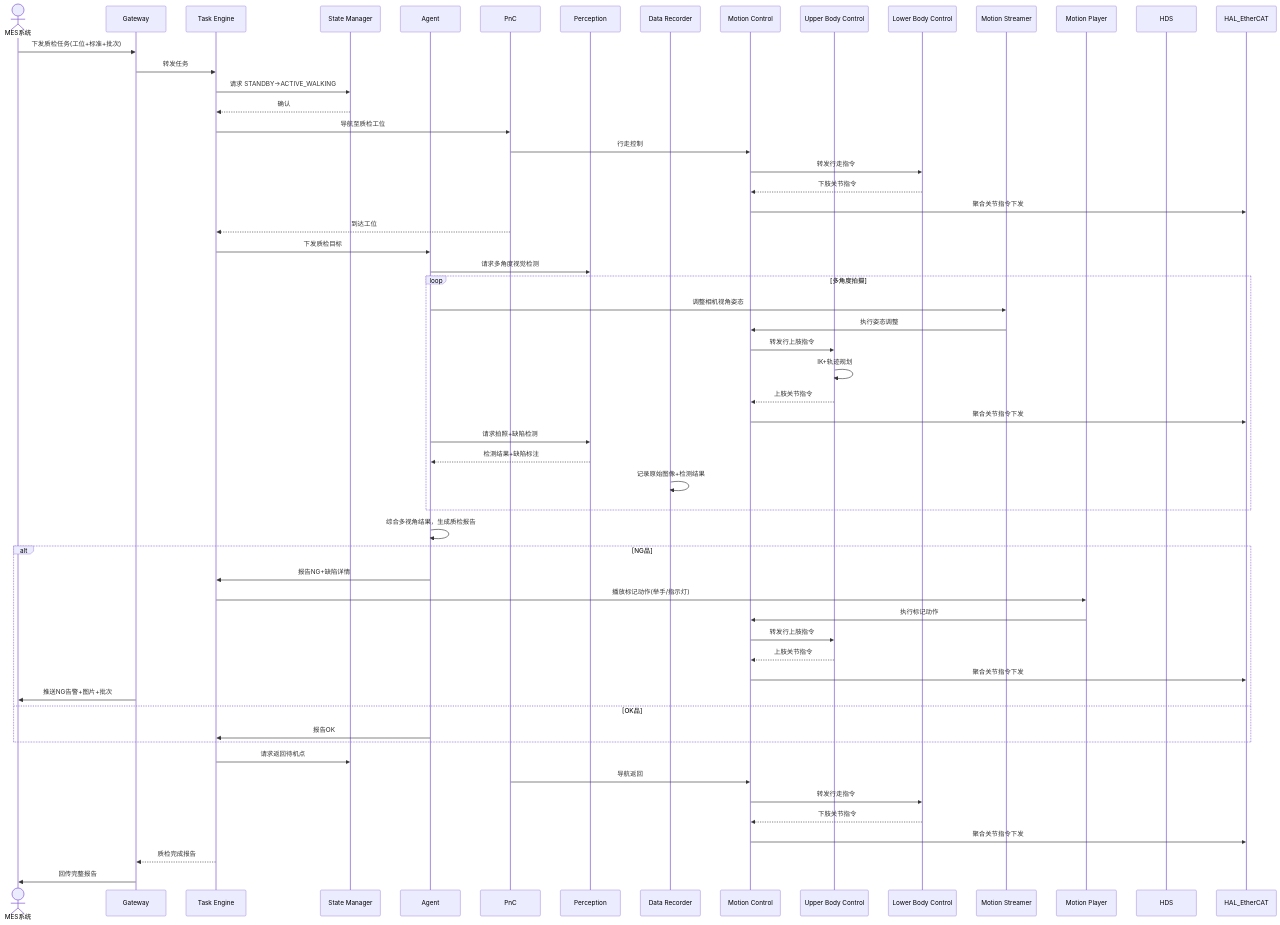
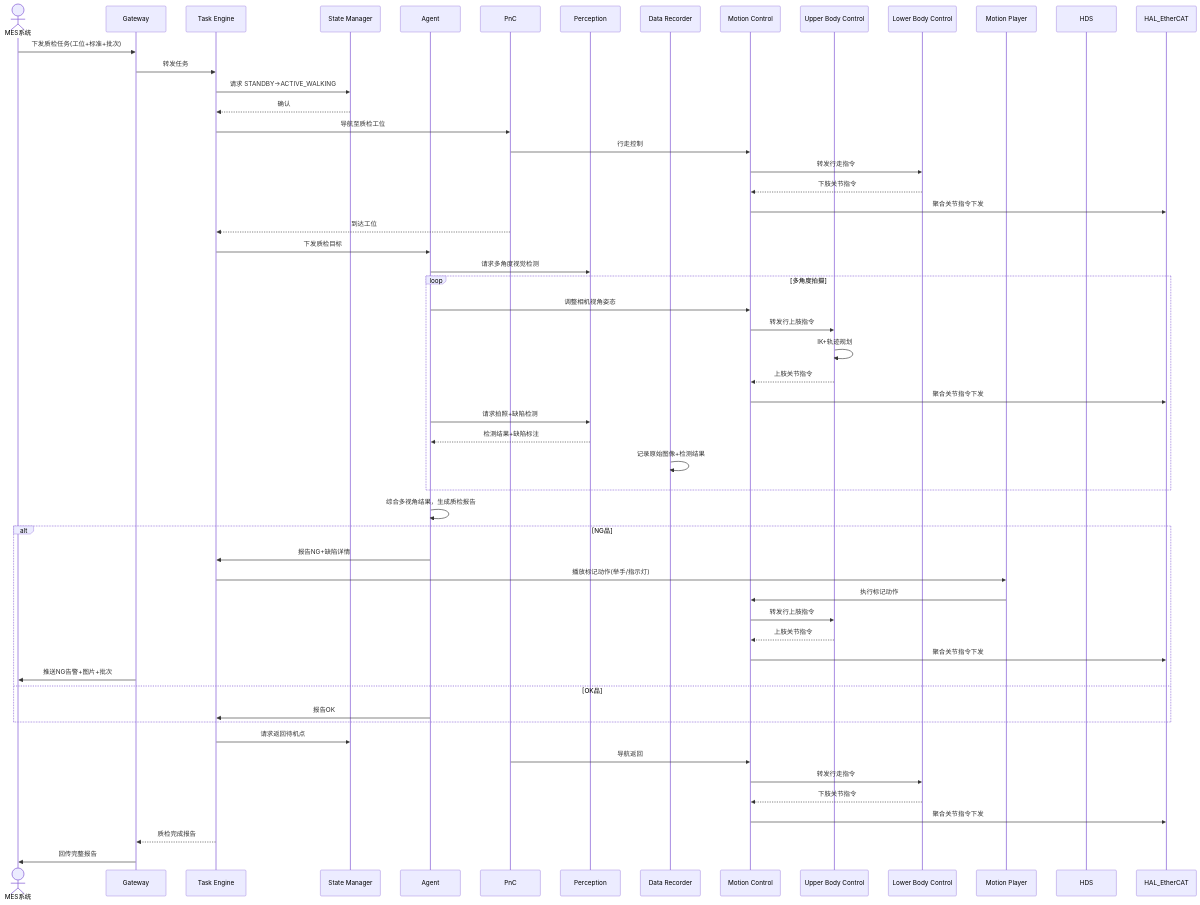
One commit to Tomaxwell/HomoBot changed the diagram in design/use_cases/use_case_06_quality_inspection.md. Above: the diagram before and after it, drawn with Mermaid. The commit also changed other lines of this file and 66 other files, not shown here.

````diff
--- a/design/use_cases/use_case_06_quality_inspection.md
+++ b/design/use_cases/use_case_06_quality_inspection.md
@@ -27,66 +27,64 @@
 ```mermaid
 sequenceDiagram
     actor MES as MES系统
     participant Gateway
     participant TE as Task Engine
     participant SM as State Manager
     participant Agent as Agent
     participant PnC as PnC
     participant Perception as Perception
     participant DR as Data Recorder
     participant MC as Motion Control
     participant UC as Upper Body Control
     participant LC as Lower Body Control
-    participant MS as Motion Streamer
     participant MP as Motion Player
     participant HDS as HDS
 
     MES->>Gateway: 下发质检任务(工位+标准+批次)
     Gateway->>TE: 转发任务
     TE->>SM: 请求 STANDBY→ACTIVE_WALKING
     SM-->>TE: 确认
 
     TE->>PnC: 导航至质检工位
     PnC->>MC: 行走控制
     MC->>LC: 转发行走指令
     LC-->>MC: 下肢关节指令
     MC->>HAL_EtherCAT: 聚合关节指令下发
     PnC-->>TE: 到达工位
 
     TE->>Agent: 下发质检目标
     Agent->>Perception: 请求多角度视觉检测
 
     loop 多角度拍摄
-        Agent->>MS: 调整相机视角姿态
-        MS->>MC: 执行姿态调整
+        Agent->>MC: 调整相机视角姿态
         MC->>UC: 转发行上肢指令
         UC->>UC: IK+轨迹规划
         UC-->>MC: 上肢关节指令
         MC->>HAL_EtherCAT: 聚合关节指令下发
         Agent->>Perception: 请求拍照+缺陷检测
         Perception-->>Agent: 检测结果+缺陷标注
         DR->>DR: 记录原始图像+检测结果
     end
 
     Agent->>Agent: 综合多视角结果，生成质检报告
 
     alt NG品
         Agent->>TE: 报告NG+缺陷详情
         TE->>MP: 播放标记动作(举手/指示灯)
         MP->>MC: 执行标记动作
         MC->>UC: 转发行上肢指令
         UC-->>MC: 上肢关节指令
         MC->>HAL_EtherCAT: 聚合关节指令下发
         Gateway->>MES: 推送NG告警+图片+批次
     else OK品
         Agent->>TE: 报告OK
     end
 
     TE->>SM: 请求返回待机点
     PnC->>MC: 导航返回
     MC->>LC: 转发行走指令
     LC-->>MC: 下肢关节指令
     MC->>HAL_EtherCAT: 聚合关节指令下发
     TE-->>Gateway: 质检完成报告
     Gateway->>MES: 回传完整报告
 ```
````
